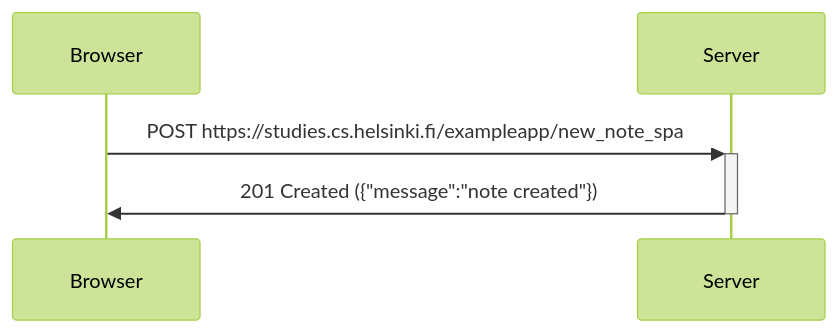
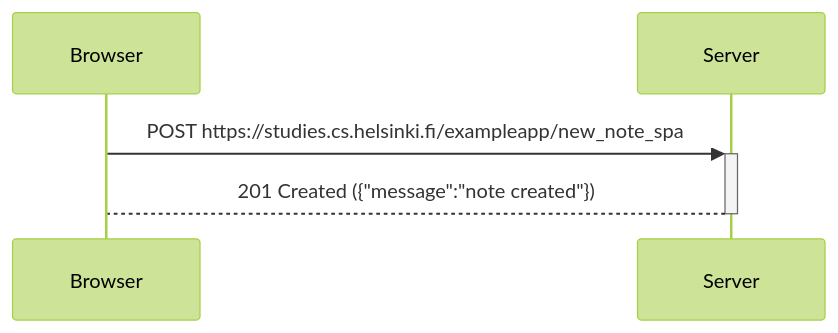
The second of 2 diagrams in README.md (manroe887/Exercise-HTML-0.1.-0.6.), drawn with Mermaid (forest theme) before and after one commit.

Commit message:
Fix mermaid syntax for server response in README

````diff
--- a/README.md
+++ b/README.md
@@ -23,5 +23,5 @@
 ```mermaid
 sequenceDiagram;
     Browser ->>+ Server: POST https://studies.cs.helsinki.fi/exampleapp/new_note_spa
-    Server ->>- Browser: 201 Created ({"message":"note created"})
+    Server -->- Browser: 201 Created ({"message":"note created"})
 ```
````
